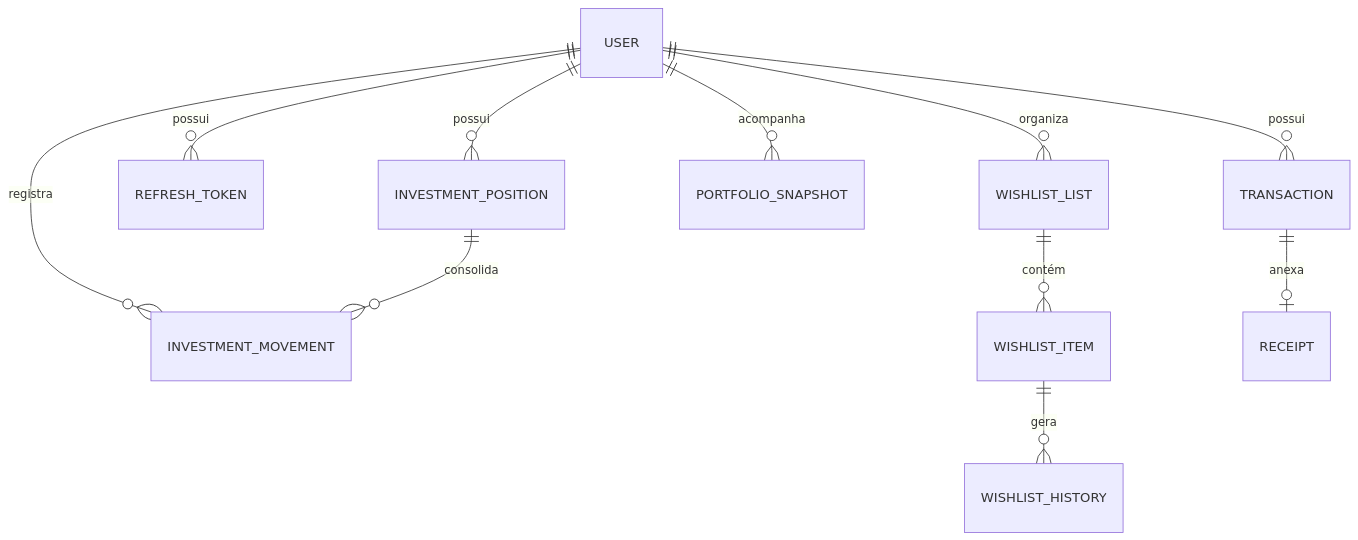
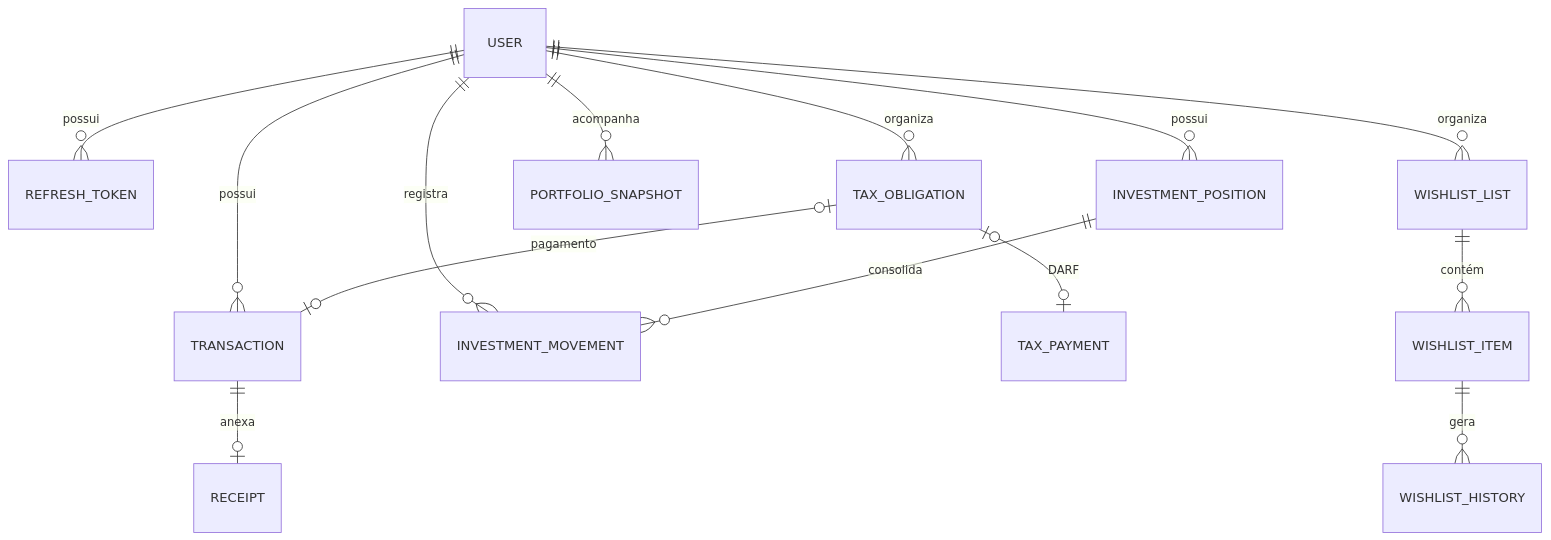
Before and after one commit to Guilhermecorral/Controle-de-Gastos: the third of 5 diagrams in docs/ARCHITECTURE.md, drawn with Mermaid. The commit also changed other lines of this file and 40 other files, not shown here.

Commit message:
feat(tax): Central de Tributos PF — onboarding PF/PJ, painel de obrigações e confirmação de pagamento (v1.4.6)

````diff
--- a/docs/ARCHITECTURE.md
+++ b/docs/ARCHITECTURE.md
@@ -91,13 +92,16 @@
 ```mermaid
 erDiagram
     USER ||--o{ TRANSACTION : possui
     USER ||--o{ REFRESH_TOKEN : possui
     USER ||--o{ INVESTMENT_POSITION : possui
     USER ||--o{ INVESTMENT_MOVEMENT : registra
+    USER ||--o{ TAX_OBLIGATION : organiza
+    TAX_OBLIGATION o|--o| TRANSACTION : pagamento
+    TAX_OBLIGATION o|--o| TAX_PAYMENT : DARF
     USER ||--o{ PORTFOLIO_SNAPSHOT : acompanha
     USER ||--o{ WISHLIST_LIST : organiza
     WISHLIST_LIST ||--o{ WISHLIST_ITEM : contém
     WISHLIST_ITEM ||--o{ WISHLIST_HISTORY : gera
     TRANSACTION ||--o| RECEIPT : anexa
     INVESTMENT_POSITION ||--o{ INVESTMENT_MOVEMENT : consolida
 ```
````
